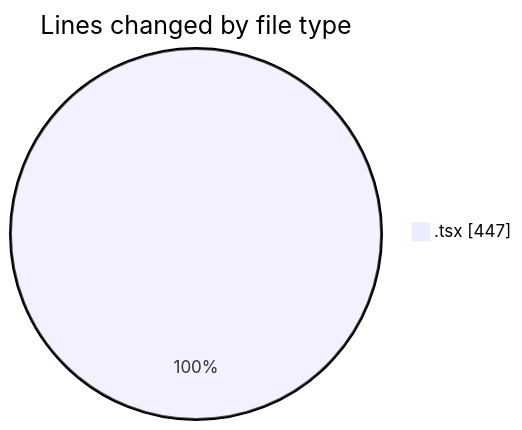
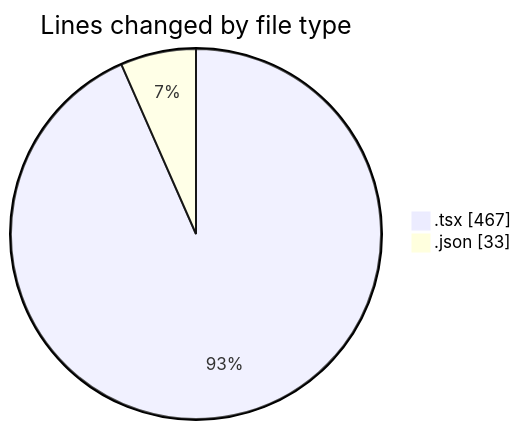
Before and after one commit to robertbonfada/code-tracking: the first of 2 diagrams in 2025-01-28/mbc-web/README.md, drawn with Mermaid. The commit also changed other lines of this file and 1 other file, not shown here.

````diff
--- a/2025-01-28/mbc-web/README.md
+++ b/2025-01-28/mbc-web/README.md
@@ -20,5 +22,6 @@
 ```mermaid
 pie showData
 title Lines changed by file type
-".tsx" : 447
+".tsx" : 467
+".json" : 33
 ```
````
